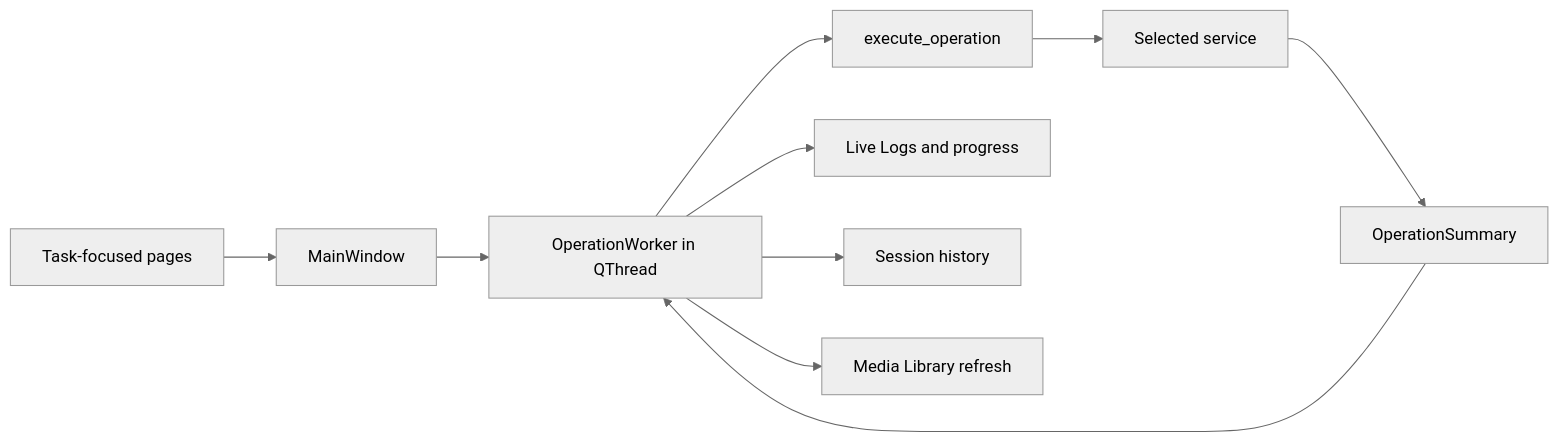
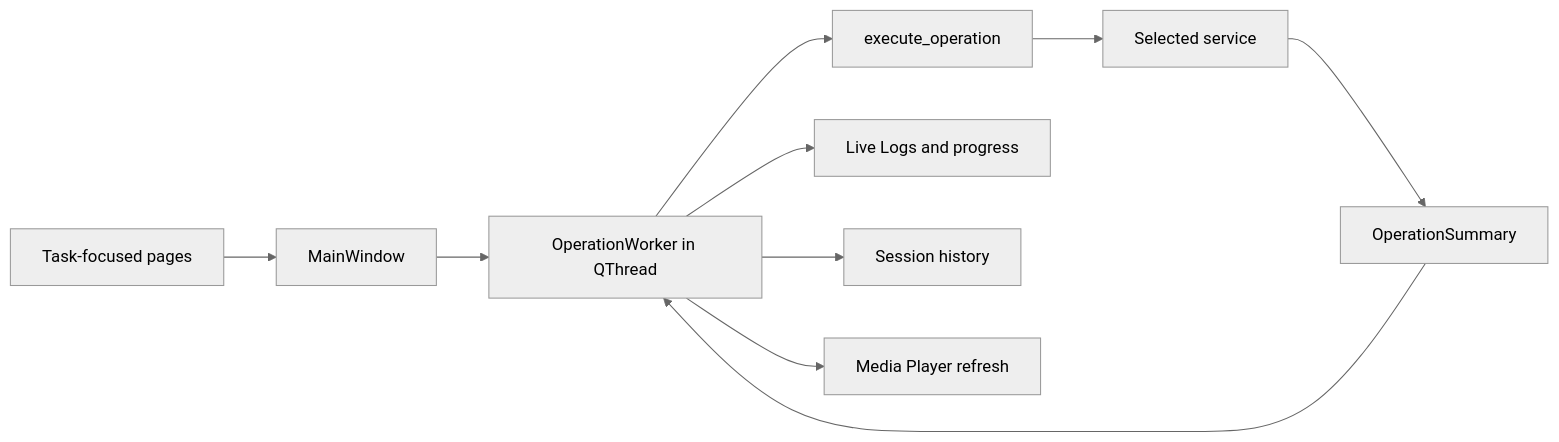
One commit to DhimanGhosh/YouTube_Media_Studio changed the third of 6 diagrams in docs/HIGH_LEVEL_DESIGN.md. Above: the diagram before and after it, drawn with Mermaid (neutral theme). The commit also changed other lines of this file and 15 other files, not shown here.

````diff
--- a/docs/HIGH_LEVEL_DESIGN.md
+++ b/docs/HIGH_LEVEL_DESIGN.md
@@ -101,12 +101,12 @@
 ```mermaid
 flowchart LR
     Pages["Task-focused pages"] --> MainWindow["MainWindow"]
     MainWindow --> Worker["OperationWorker in QThread"]
     Worker --> Dispatch["execute_operation"]
     Dispatch --> Service["Selected service"]
     Service --> Result["OperationSummary"]
     Result --> Worker
     Worker --> Logs["Live Logs and progress"]
     Worker --> Dashboard["Session history"]
-    Worker --> Refresh["Media Library refresh"]
+    Worker --> Refresh["Media Player refresh"]
 ```
````
